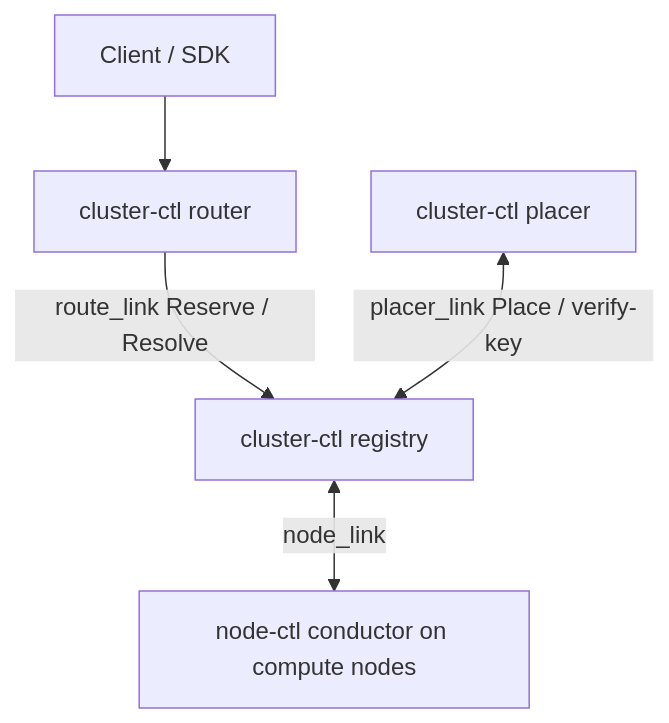
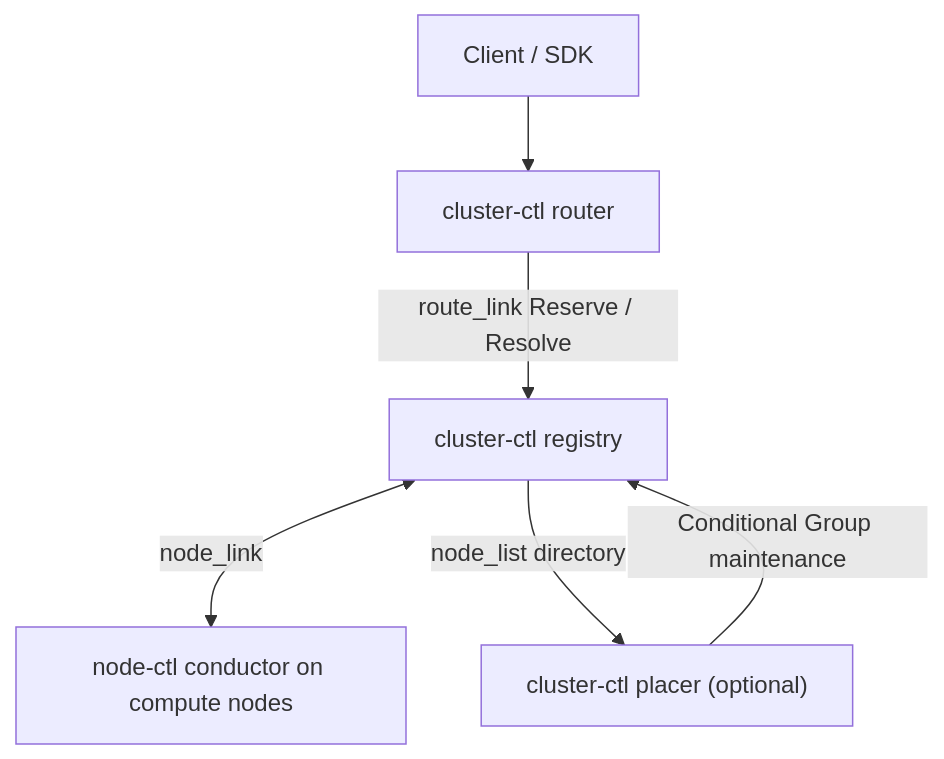
The first of 4 diagrams in docs/deployment.md (kuasar-sandbox/kuasar-sandbox), drawn with Mermaid before and after one commit. The commit also changed other lines of this file and 7 other files, not shown here.

First line of the commit message:
docs(cluster): align deployment and operations with Node-owned Groups (#437)

````diff
--- a/docs/deployment.md
+++ b/docs/deployment.md
@@ -216,7 +216,8 @@
 ```mermaid
 flowchart TD
   C["Client / SDK"] --> R["cluster-ctl router"]
   R -->|"route_link Reserve / Resolve"| G["cluster-ctl registry"]
   G <-->|"node_link"| N["node-ctl conductor on compute nodes"]
-  P["cluster-ctl placer"] <-->|"placer_link Place / verify-key"| G
+  P["cluster-ctl placer (optional)"] -->|"Conditional Group maintenance"| G
+  G -->|"node_list directory"| P
 ```
````
